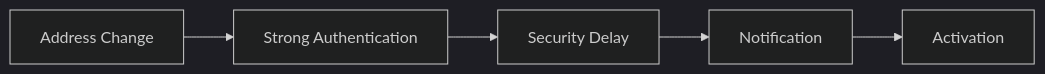
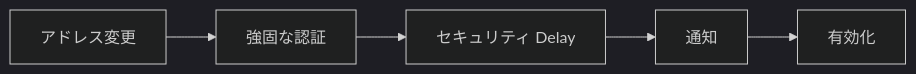
Before and after one commit to ShigeichiroYamasaki/creator-first-platform: the seventh of 48 diagrams in docs/whitepaper/10-security.md, drawn with Mermaid (dark theme). The commit also changed other lines of this file and 72 other files, not shown here.

````diff
--- a/docs/whitepaper/10-security.md
+++ b/docs/whitepaper/10-security.md
@@ -253,10 +253,10 @@
 ```mermaid
 flowchart LR
-    CHANGE[Address Change]
-    MFA[Strong Authentication]
-    DELAY[Security Delay]
-    NOTICE[Notification]
-    ACTIVE[Activation]
+    CHANGE[アドレス変更]
+    MFA[強固な認証]
+    DELAY[セキュリティ Delay]
+    NOTICE[通知]
+    ACTIVE[有効化]
 
     CHANGE --> MFA --> DELAY --> NOTICE --> ACTIVE
 ```
````
